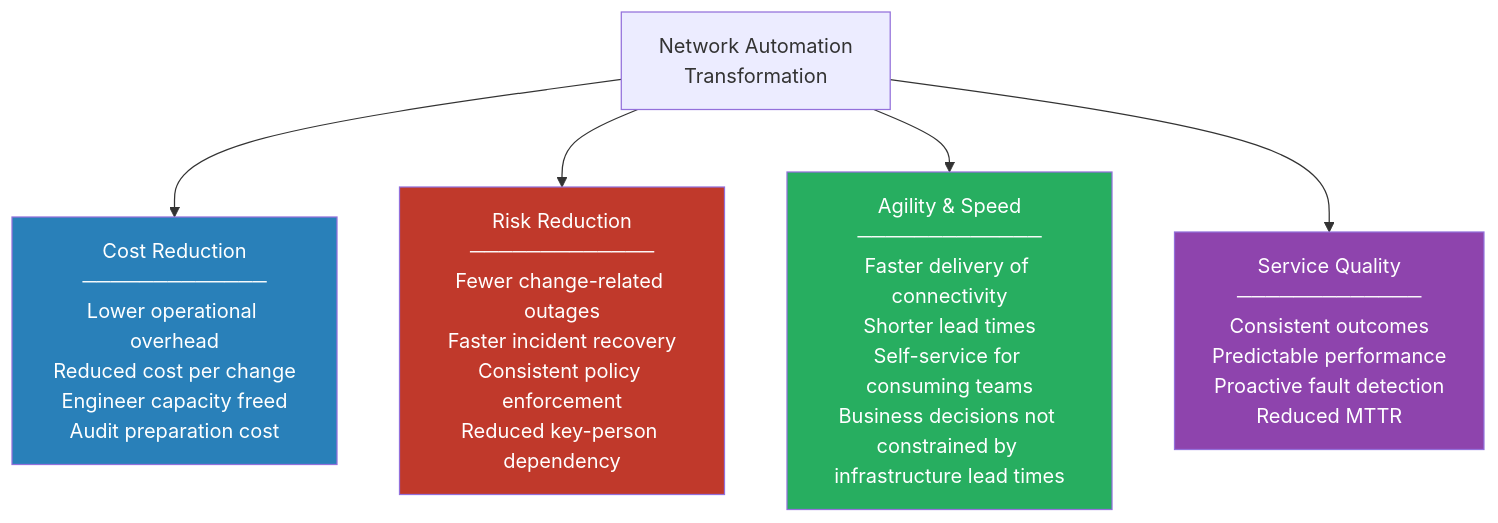
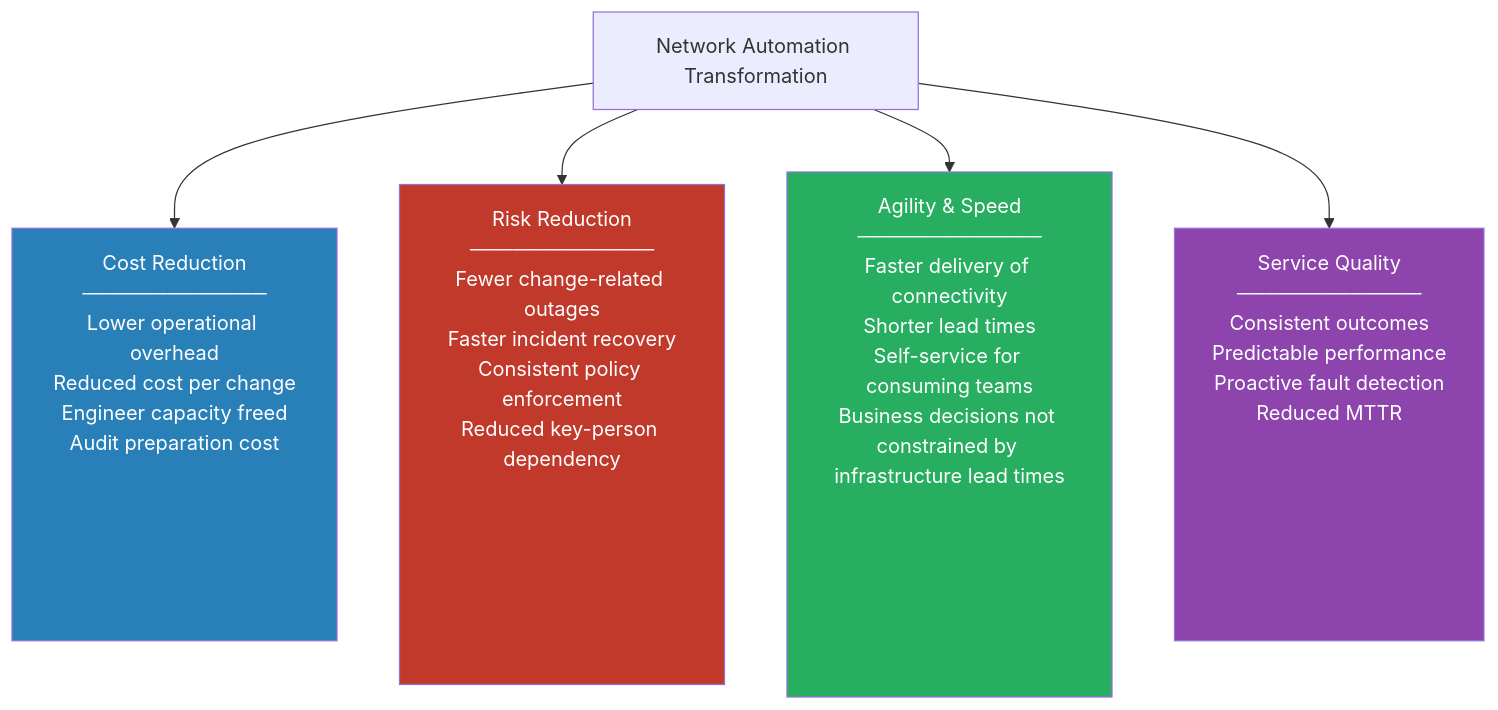
The first of 3 diagrams in 02-business-alignment/chapter.md (ppklau/network_automation_handbook), drawn with Mermaid before and after one commit. The commit also changed other lines of this file and 12 other files, not shown here.

Commit message:
Adjusted mermaid diagrams.

````diff
--- a/02-business-alignment/chapter.md
+++ b/02-business-alignment/chapter.md
@@ -38,14 +38,14 @@
 ```mermaid
 graph TD
-    AUTO["Network Automation<br>Transformation"]
+    AUTO["Network Automation Transformation"]
 
-    AUTO --> COST["Cost Reduction<br>─────────────<br>Lower operational overhead<br>Reduced cost per change<br>Engineer capacity freed<br>Audit preparation cost"]
-    AUTO --> RISK["Risk Reduction<br>─────────────<br>Fewer change-related outages<br>Faster incident recovery<br>Consistent policy enforcement<br>Reduced key-person dependency"]
-    AUTO --> AGIL["Agility & Speed<br>─────────────<br>Faster delivery of connectivity<br>Shorter lead times<br>Self-service for consuming teams<br>Business decisions not constrained by infrastructure lead times"]
-    AUTO --> QUAL["Service Quality<br>─────────────<br>Consistent outcomes<br>Predictable performance<br>Proactive fault detection<br>Reduced MTTR"]
+    AUTO --> COST["<div style='min-height:300px'>Cost Reduction<br>─────────────<br>Lower operational overhead<br>Reduced cost per change<br>Engineer capacity freed<br>Audit preparation cost</div>"]
+    AUTO --> RISK["<div style='min-height:370px'>Risk Reduction<br>─────────────<br>Fewer change-related outages<br>Faster incident recovery<br>Consistent policy enforcement<br>Reduced key-person dependency</div>"]
+    AUTO --> AGIL["<div style='min-height:390px'>Agility & Speed<br>─────────────<br>Faster delivery of connectivity<br>Shorter lead times<br>Self-service for consuming teams<br>Business decisions not constrained by infrastructure lead times</div>"]
+    AUTO --> QUAL["<div style='min-height:300px'>Service Quality<br>─────────────<br>Consistent outcomes<br>Predictable performance<br>Proactive fault detection<br>Reduced MTTR</div>"]
 
     style COST fill:#2980b9,color:#fff
     style RISK fill:#c0392b,color:#fff
     style AGIL fill:#27ae60,color:#fff
     style QUAL fill:#8e44ad,color:#fff
 ```
````
